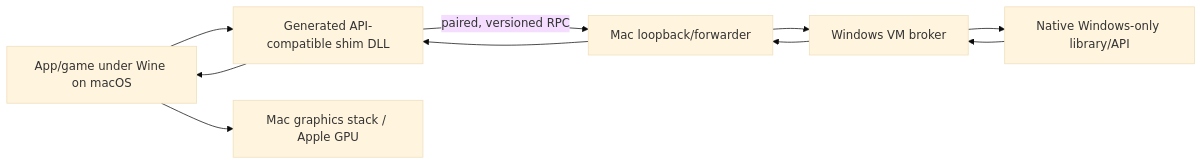
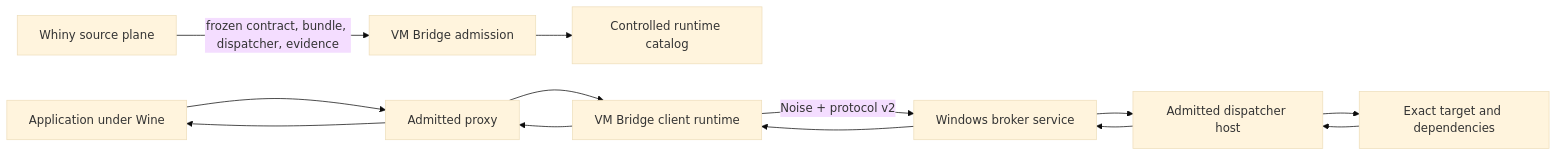
Before and after one commit to WorkingPrinciple/winapi-vm-bridge: the first of 2 diagrams in docs/architecture.md, drawn with Mermaid (base theme). The commit also changed other lines of this file and 17 other files, not shown here.

````diff
--- a/docs/architecture.md
+++ b/docs/architecture.md
@@ -5,9 +5,11 @@
 ```mermaid
 flowchart LR
-  G[App/game under Wine on macOS] --> S[Generated API-compatible shim DLL]
-  S -->|paired, versioned RPC| M[Mac loopback/forwarder]
-  M --> W[Windows VM broker]
-  W --> A[Native Windows-only library/API]
-  A --> W --> M --> S --> G
-  G --> GPU[Mac graphics stack / Apple GPU]
+  W[Whiny source plane] -->|frozen contract, bundle, dispatcher, evidence| A[VM Bridge admission]
+  A --> C[Controlled runtime catalog]
+  G[Application under Wine] --> P[Admitted proxy]
+  P --> R[VM Bridge client runtime]
+  R -->|Noise + protocol v2| B[Windows broker service]
+  B --> D[Admitted dispatcher host]
+  D --> T[Exact target and dependencies]
+  T --> D --> B --> R --> P --> G
 ```
````
